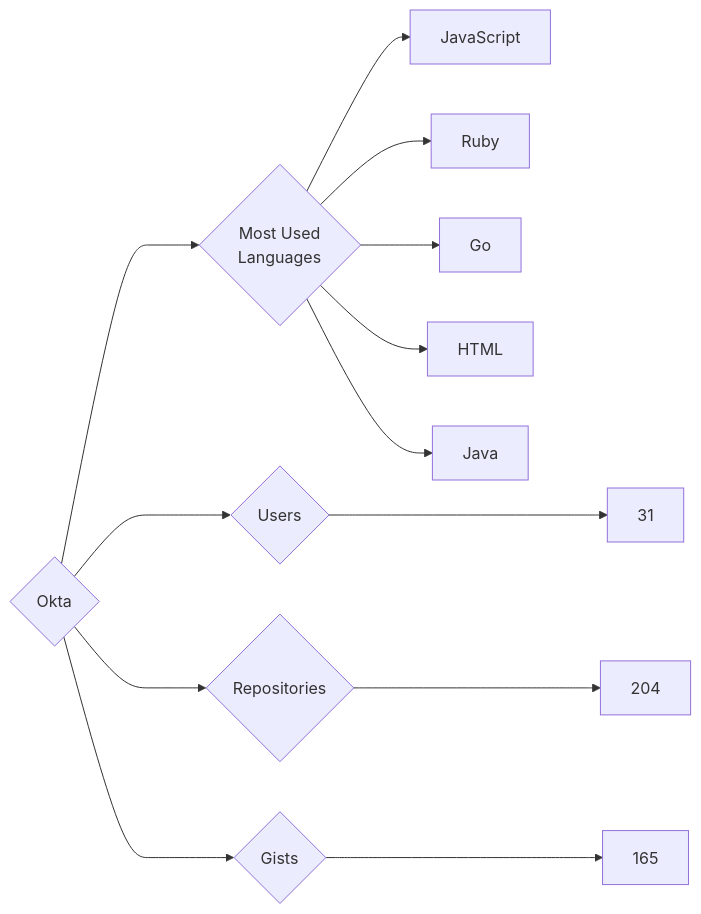
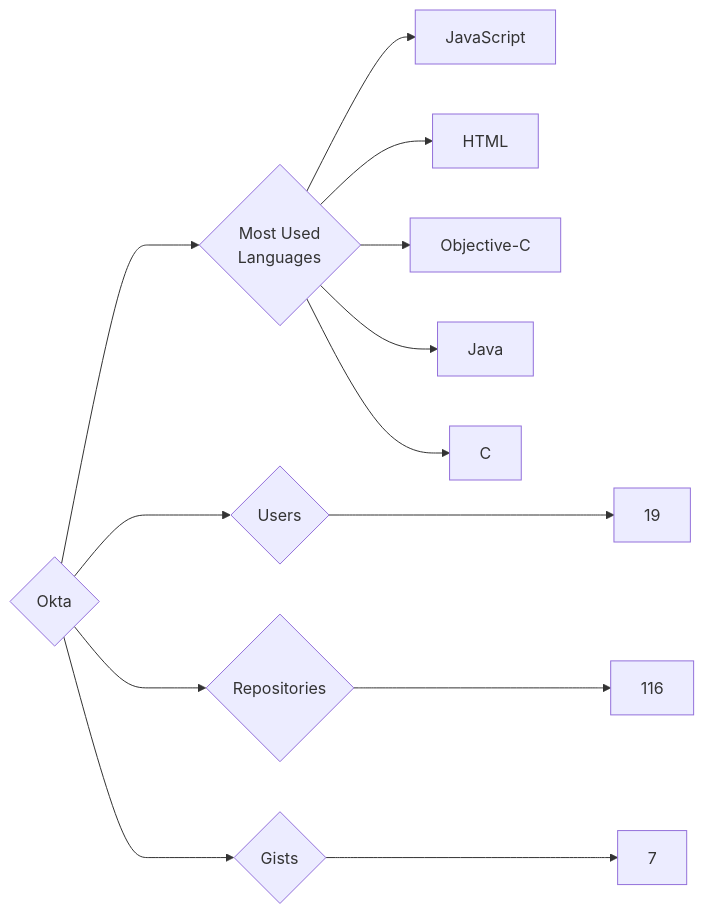
One commit to trickest/insiders changed the diagram in targets/Okta/README.md. Above: the diagram before and after it, drawn with Mermaid. The commit also changed 898 other files, not shown here.

````diff
--- a/targets/Okta/README.md
+++ b/targets/Okta/README.md
@@ -3,13 +3,13 @@
 ```mermaid
 graph LR
 COMPANY_NAME{Okta}
-COMPANY_NAME ---> U{Users} ---> UN[31]
-COMPANY_NAME ---> R{Repositories} ---> RN[204]
-COMPANY_NAME ---> G{Gists} ---> GN[165]
+COMPANY_NAME ---> U{Users} ---> UN[19]
+COMPANY_NAME ---> R{Repositories} ---> RN[116]
+COMPANY_NAME ---> G{Gists} ---> GN[7]
 COMPANY_NAME ---> ML{Most Used<br>Languages}
 ML --> JavaScript[JavaScript]
-ML --> Ruby[Ruby]
-ML --> Go[Go]
 ML --> HTML[HTML]
+ML --> Objective-C[Objective-C]
 ML --> Java[Java]
+ML --> C[C]
 ```
````
